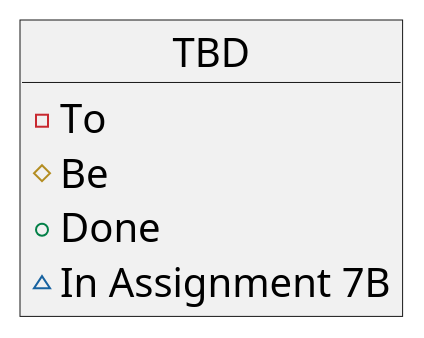
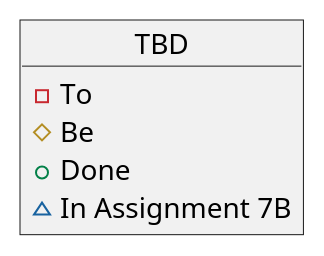
The diagram in uml/idm.puml (germede/djlokal), drawn with PlantUML before and after one commit. The commit also changed 1 other file, not shown here.

Commit message:
Add genre enumeration to diagram

```diff
--- a/uml/idm.puml
+++ b/uml/idm.puml
@@ -1,12 +1,10 @@
 @startuml model
-skinparam objectFontSize 20
-skinparam backgroundcolor transparent
 
 object TBD {
   - To
   # Be
   + Done
   ~ In Assignment 7B
 }
 
 @enduml
```
